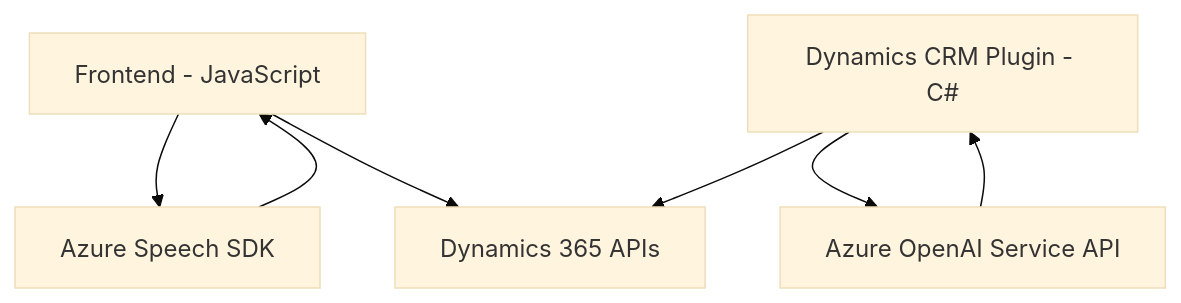
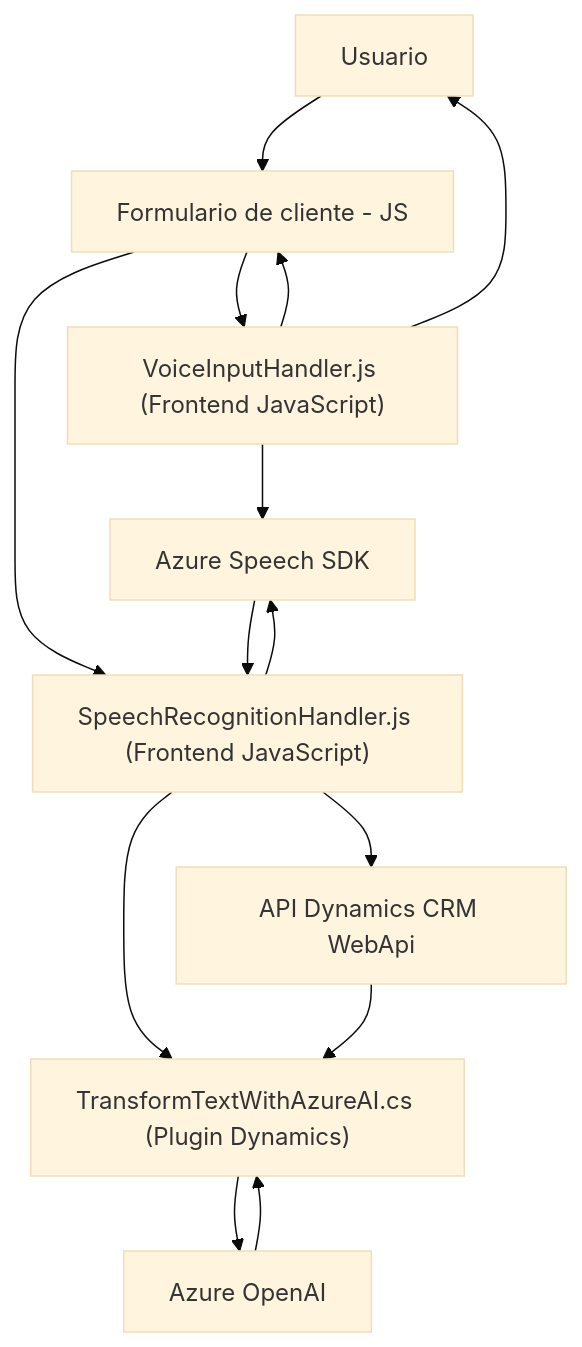
Before and after one commit to blopezdm/NETCORE_BILBAO2025: the diagram in README.md, drawn with Mermaid (base theme). The commit also changed other lines of this file, not shown here.

````diff
--- a/README.md
+++ b/README.md
@@ -44,15 +27,25 @@
 ```mermaid
 graph TD
-    A["Frontend - JavaScript"]
-    B["Dynamics CRM Plugin - C#"]
-    C["Azure Speech SDK"]
-    D["Azure OpenAI Service API"]
-    E["Dynamics 365 APIs"]
+    A["Usuario"]
+    B["Formulario de cliente - JS"]
+    C["VoiceInputHandler.js (Frontend JavaScript)"]
+    D["SpeechRecognitionHandler.js (Frontend JavaScript)"]
+    E["TransformTextWithAzureAI.cs (Plugin Dynamics)"]
+    F["Azure Speech SDK"]
+    G["API Dynamics CRM WebApi"]
+    H["Azure OpenAI"]
 
-    A --> C
-    A --> E
+    A --> B
+    B --> C
+    C --> F
+    C --> B
+    C --> A
     B --> D
-    B --> E
-    C --> A
-    D --> B
+    D --> F
+    F --> D
+    D --> G
+    D --> E
+    G --> E
+    E --> H
+    H --> E
 ```
````
